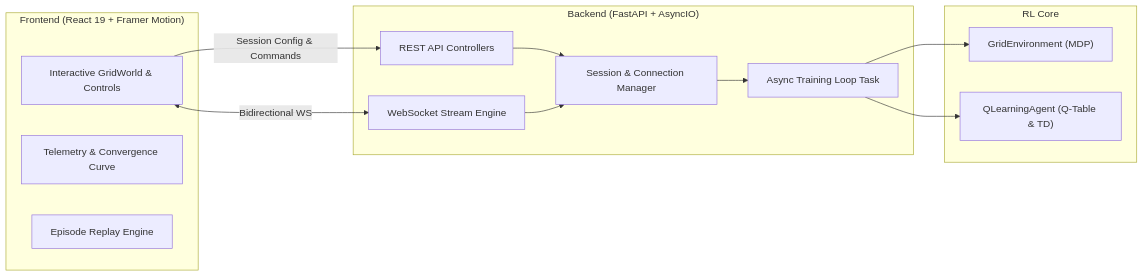
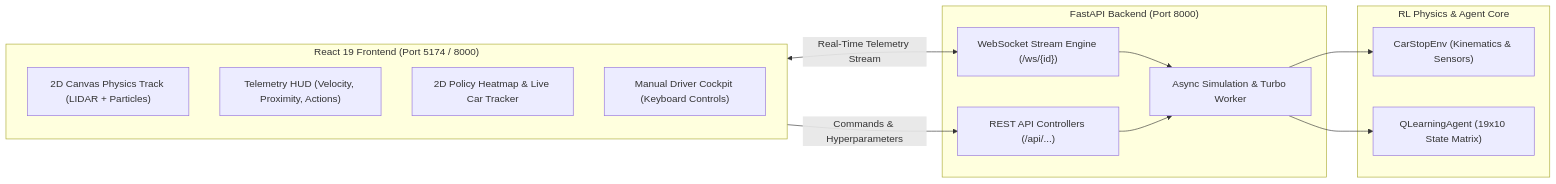
The diagram in readme.md (Atharva7153/Reinforcement-learning-Projects), drawn with Mermaid before and after one commit. The commit also changed other lines of this file and 30 other files, not shown here.

````diff
--- a/readme.md
+++ b/readme.md
@@ -48,28 +61,27 @@
 ```mermaid
 flowchart LR
-    subgraph Browser ["Frontend (React 19 + Framer Motion)"]
-        UI["Interactive GridWorld & Controls"]
-        Stats["Telemetry & Convergence Curve"]
-        Replay["Episode Replay Engine"]
+    subgraph Frontend ["React 19 Frontend (Port 5174 / 8000)"]
+        Canvas["2D Canvas Physics Track (LIDAR + Particles)"]
+        HUD["Telemetry HUD (Velocity, Proximity, Actions)"]
+        Heatmap["2D Policy Heatmap & Live Car Tracker"]
+        Cockpit["Manual Driver Cockpit (Keyboard Controls)"]
     end
 
-    subgraph Server ["Backend (FastAPI + AsyncIO)"]
-        WS["WebSocket Stream Engine"]
-        REST["REST API Controllers"]
-        Manager["Session & Connection Manager"]
-        Trainer["Async Training Loop Task"]
+    subgraph Backend ["FastAPI Backend (Port 8000)"]
+        WS["WebSocket Stream Engine (/ws/{id})"]
+        REST["REST API Controllers (/api/...)"]
+        Trainer["Async Simulation & Turbo Worker"]
     end
 
-    subgraph RL ["RL Core"]
-        Env["GridEnvironment (MDP)"]
-        Agent["QLearningAgent (Q-Table & TD)"]
+    subgraph Core ["RL Physics & Agent Core"]
+        Env["CarStopEnv (Kinematics & Sensors)"]
+        Agent["QLearningAgent (19x10 State Matrix)"]
     end
 
-    UI <-->|Bidirectional WS| WS
-    UI -->|Session Config & Commands| REST
-    REST --> Manager
-    WS --> Manager
-    Manager --> Trainer
+    Frontend <-->|Real-Time Telemetry Stream| WS
+    Frontend -->|Commands & Hyperparameters| REST
+    WS --> Trainer
+    REST --> Trainer
     Trainer --> Env
     Trainer --> Agent
 ```
````
